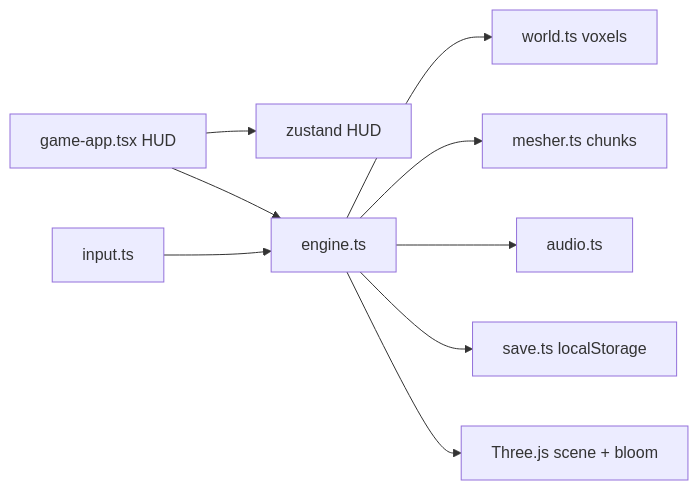
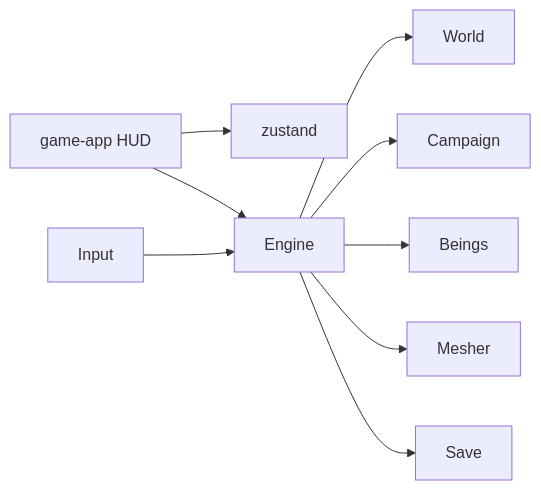
The diagram in PLAN.md (Pierreg99/KiBlox-VoxelGame), drawn with Mermaid before and after one commit. The commit also changed other lines of this file and 15 other files, not shown here.

````diff
--- a/PLAN.md
+++ b/PLAN.md
@@ -27,11 +23,11 @@
 ```mermaid
 flowchart LR
-  UI[game-app.tsx HUD] --> Store[zustand HUD]
+  UI[game-app HUD] --> Store[zustand]
   UI --> Engine
-  Input[input.ts] --> Engine
-  Engine[engine.ts] --> World[world.ts voxels]
-  Engine --> Mesher[mesher.ts chunks]
-  Engine --> Audio[audio.ts]
-  Engine --> Save[save.ts localStorage]
-  Engine --> Three[Three.js scene + bloom]
+  Input --> Engine
+  Engine --> World
+  Engine --> Campaign
+  Engine --> Beings
+  Engine --> Mesher
+  Engine --> Save
 ```
````
